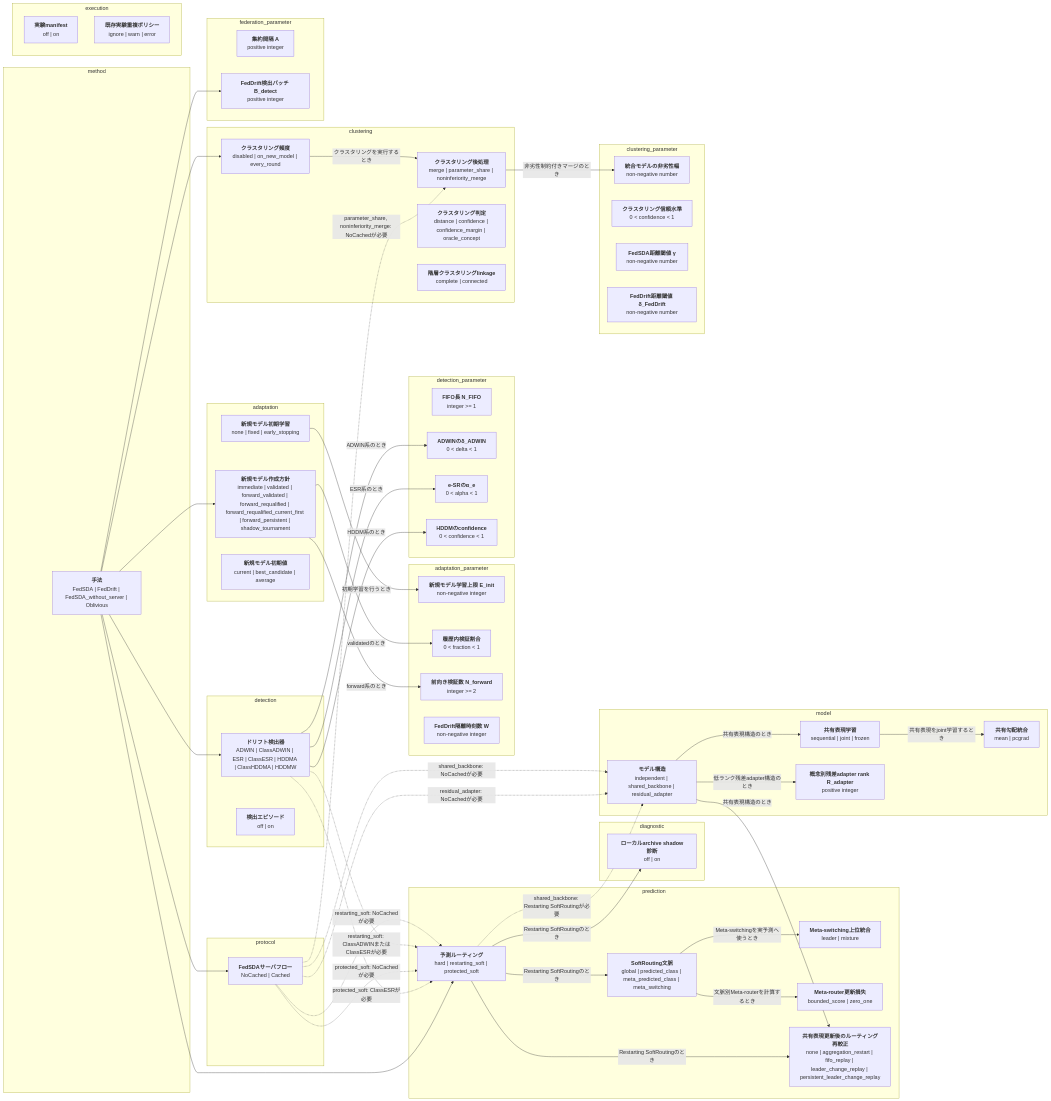
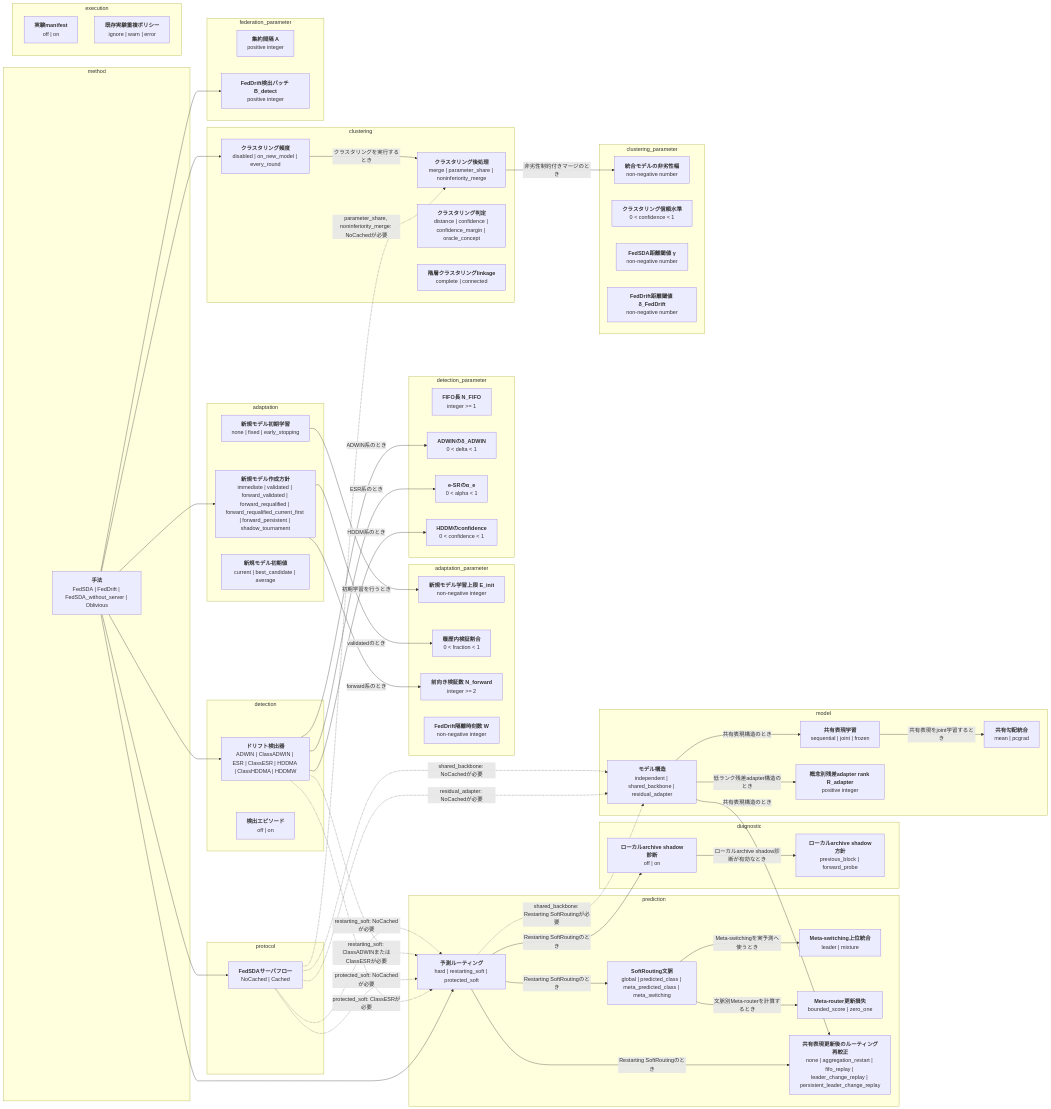
The first of 2 diagrams in docs/options.md (shimmen3141/FedSDA-experiment), drawn with Mermaid before and after one commit. The commit also changed other lines of this file and 11 other files, not shown here.

Commit message:
Add forward-probed archive shadow diagnostics

```diff
--- a/docs/options.md
+++ b/docs/options.md
@@ -36,6 +36,7 @@
   end
   subgraph group_diagnostic[diagnostic]
     routing_archive_shadow_diagnostics["<b>ローカルarchive shadow診断</b><br/>off | on"]
+    routing_archive_shadow_policy["<b>ローカルarchive shadow方針</b><br/>previous_block | forward_probe"]
   end
   subgraph group_model[model]
     model_architecture["<b>モデル構造</b><br/>independent | shared_backbone | residual_adapter"]
@@ -84,6 +85,7 @@
   soft_routing_context -->|"Meta-switchingを実予測へ使うとき"| soft_routing_top_combination
   soft_routing_context -->|"文脈別Meta-routerを計算するとき"| soft_routing_meta_loss
   routing -->|"Restarting SoftRoutingのとき"| routing_archive_shadow_diagnostics
+  routing_archive_shadow_diagnostics -->|"ローカルarchive shadow診断が有効なとき"| routing_archive_shadow_policy
   model_architecture -->|"共有表現構造のとき"| shared_backbone_training
   shared_backbone_training -->|"共有表現をjoint学習するとき"| shared_backbone_gradient_strategy
   model_architecture -->|"共有表現構造のとき"| shared_backbone_routing_recalibration
```
